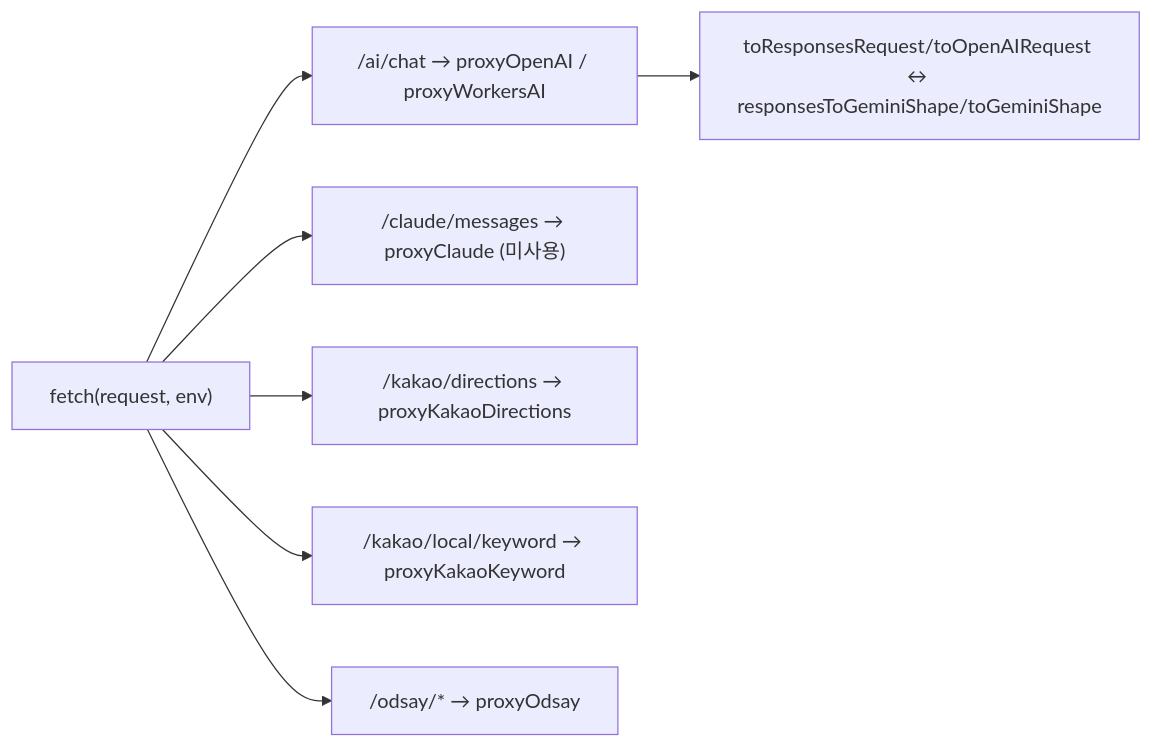
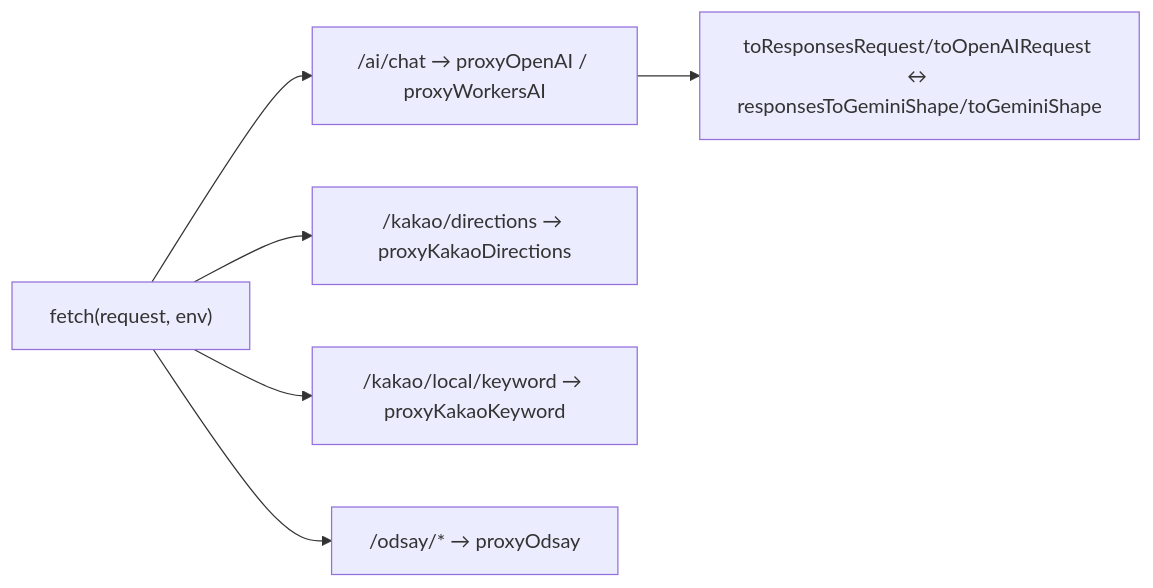
One commit to paul8004-lee/besir changed the second of 2 diagrams in .moai/project/codemaps/dependencies.md. Above: the diagram before and after it, drawn with Mermaid. The commit also changed 5 other files, not shown here.

````diff
--- a/.moai/project/codemaps/dependencies.md
+++ b/.moai/project/codemaps/dependencies.md
@@ -43,10 +43,9 @@
 ```mermaid
 graph LR
     Fetch["fetch(request, env)"] --> AIChat["/ai/chat → proxyOpenAI / proxyWorkersAI"]
-    Fetch --> Legacy["/claude/messages → proxyClaude (미사용)"]
     Fetch --> KDir["/kakao/directions → proxyKakaoDirections"]
     Fetch --> KKey["/kakao/local/keyword → proxyKakaoKeyword"]
     Fetch --> Od["/odsay/* → proxyOdsay"]
 
     AIChat --> Conv["toResponsesRequest/toOpenAIRequest ↔ responsesToGeminiShape/toGeminiShape"]
 ```
````
